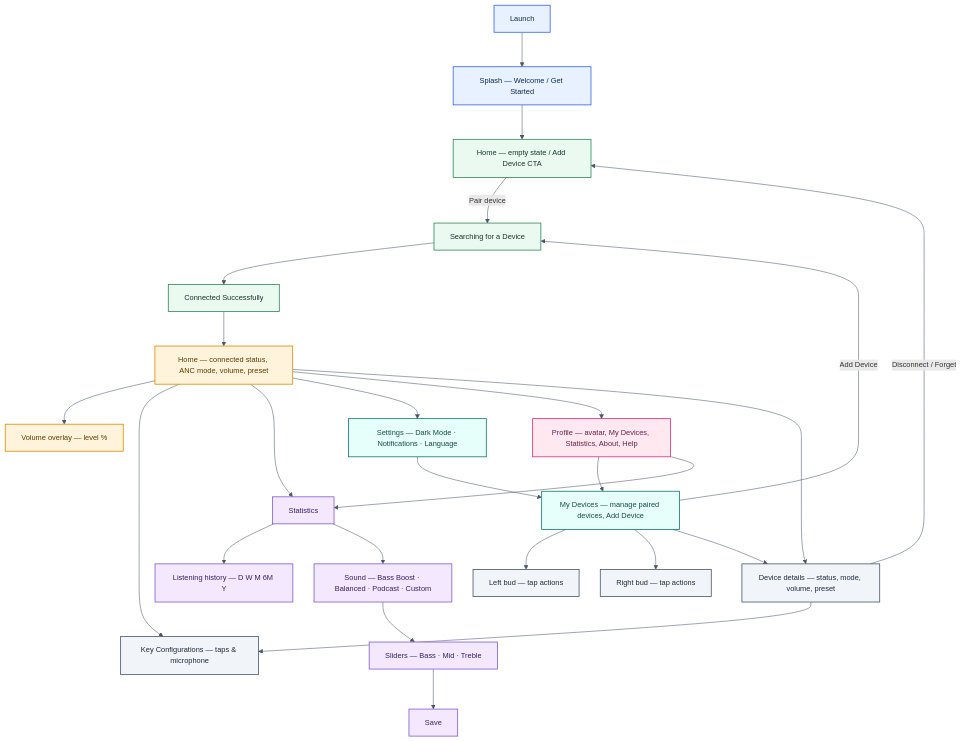
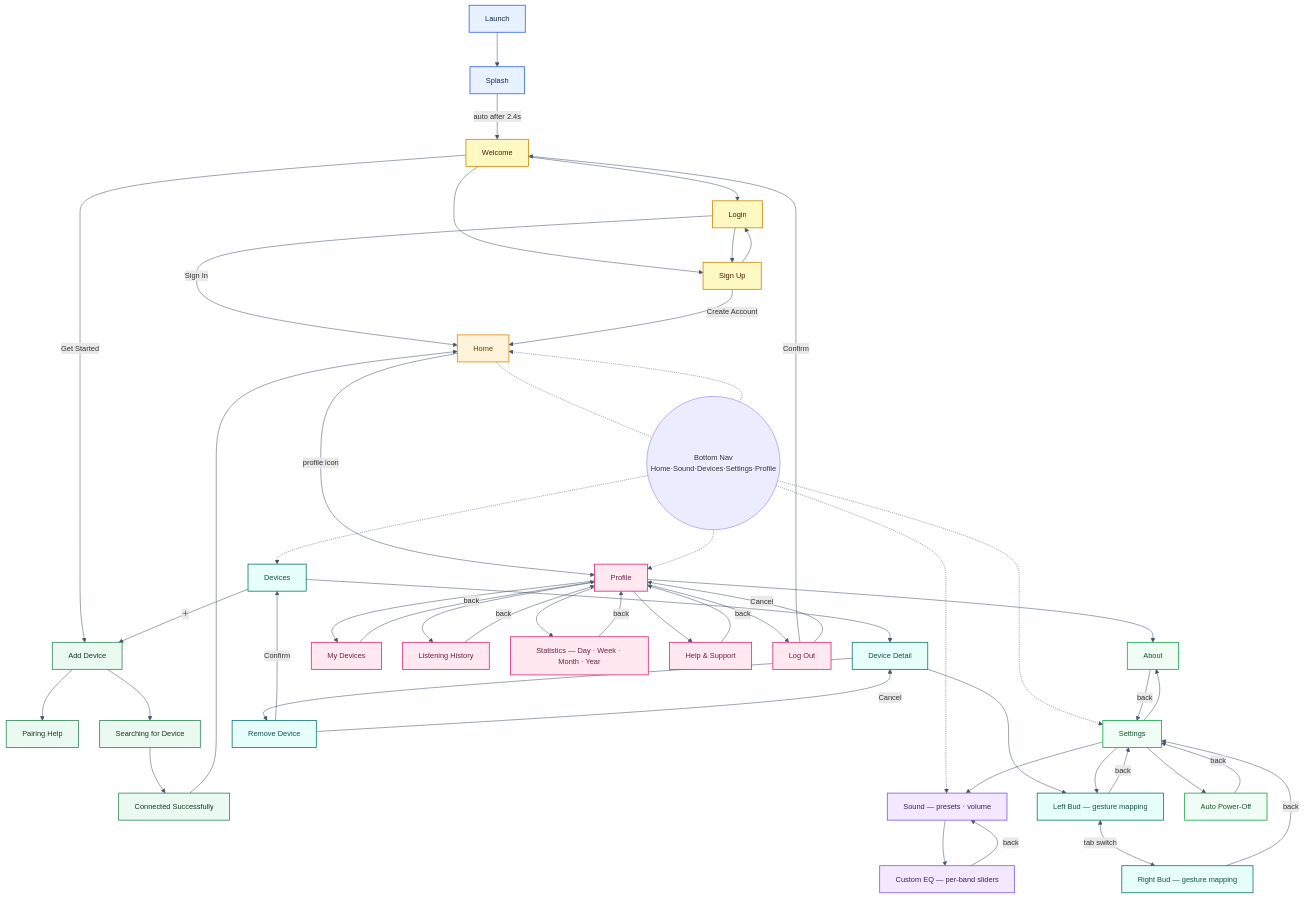
Before and after one commit to yasinsez/ID-Ceng-Project: the diagram in docs/page-flows.md, drawn with Mermaid. The commit also changed other lines of this file and 1 other file, not shown here.

Commit message:
page-flow-table update
page-flow-updated.png added also page-flows.md file updated

````diff
--- a/docs/page-flows.md
+++ b/docs/page-flows.md
@@ -20,49 +20,80 @@
 ```mermaid
 %%{init: {"flowchart": {"curve": "basis", "nodeSpacing": 40, "rankSpacing": 65}, "themeVariables": {"lineColor": "#475569", "fontSize": "14px"}}}%%
 flowchart TD
-    classDef start fill:#e8f1ff,stroke:#3563e9,color:#102a56,stroke-width:1.5px;
+    classDef start   fill:#e8f1ff,stroke:#3563e9,color:#102a56,stroke-width:1.5px;
+    classDef auth    fill:#fef9c3,stroke:#ca8a04,color:#451a03,stroke-width:1.5px;
     classDef pairing fill:#eafaf1,stroke:#2f855a,color:#163826,stroke-width:1.5px;
-    classDef home fill:#fff4db,stroke:#dd8a00,color:#5c3b00,stroke-width:1.5px;
-    classDef sound fill:#f3e8ff,stroke:#805ad5,color:#3b1f63,stroke-width:1.5px;
-    classDef settings fill:#e6fffb,stroke:#0f766e,color:#134e4a,stroke-width:1.5px;
+    classDef home    fill:#fff4db,stroke:#dd8a00,color:#5c3b00,stroke-width:1.5px;
+    classDef sound   fill:#f3e8ff,stroke:#805ad5,color:#3b1f63,stroke-width:1.5px;
+    classDef devices fill:#e6fffb,stroke:#0f766e,color:#134e4a,stroke-width:1.5px;
+    classDef settings fill:#f0fdf4,stroke:#16a34a,color:#14532d,stroke-width:1.5px;
     classDef profile fill:#ffe8ef,stroke:#db2777,color:#6b2149,stroke-width:1.5px;
-    classDef device fill:#f1f5f9,stroke:#475569,color:#1e293b,stroke-width:1.5px;
 
-    A[Launch] --> SPL[Splash — Welcome / Get Started]
-    SPL --> HE[Home — empty state / Add Device CTA]
-    HE -->|Pair device| SRCH[Searching for a Device]
-    SRCH --> OK[Connected Successfully]
-    OK --> HC[Home — connected status, ANC mode, volume, preset]
+    A[Launch] --> SPL[Splash]
+    SPL -->|auto after 2.4s| WEL[Welcome]
 
-    HC --> VOV[Volume overlay — level %]
-    HC --> KC[Key Configurations — taps & microphone]
-    HC --> STAT[Statistics]
-    HC --> F[Settings — Dark Mode · Notifications · Language]
-    HC --> P[Profile — avatar, My Devices, Statistics, About, Help]
-    HC --> DD[Device details — status, mode, volume, preset]
+    WEL --> LGN[Login]
+    WEL --> SGN[Sign Up]
+    WEL -->|Get Started| AD[Add Device]
 
-    STAT --> LH[Listening history — D W M 6M Y]
-    STAT --> SP[Sound — Bass Boost · Balanced · Podcast · Custom]
-    SP --> SL[Sliders — Bass · Mid · Treble]
-    SL --> SV[Save]
+    LGN -->|Sign In| HC[Home]
+    LGN --> SGN
+    SGN -->|Create Account| HC
+    SGN --> LGN
 
-    F --> MD[My Devices — manage paired devices, Add Device]
-    P --> MD
-    P --> STAT
+    AD --> PH[Pairing Help]
+    AD --> SRCH[Searching for Device]
+    SRCH --> CON[Connected Successfully]
+    CON --> HC
 
-    MD -->|Add Device| SRCH
-    MD --> LB[Left bud — tap actions]
-    MD --> RB[Right bud — tap actions]
-    MD --> DD
+    HC -->|profile icon| P[Profile]
 
-    DD --> KC
-    DD -->|Disconnect / Forget| HE
+    HC -.- NAV(( Bottom Nav\nHome·Sound·Devices·Settings·Profile ))
+    NAV -.-> HC
+    NAV -.-> SND[Sound — presets · volume]
+    NAV -.-> DEV[Devices]
+    NAV -.-> SET[Settings]
+    NAV -.-> P
+
+    SND --> EQ[Custom EQ — per-band sliders]
+    EQ -->|back| SND
+
+    DEV -->|＋| AD
+    DEV --> DD[Device Detail]
+    DD --> EBL[Left Bud — gesture mapping]
+    EBL <-->|tab switch| EBR[Right Bud — gesture mapping]
+    EBL -->|back| SET
+    EBR -->|back| SET
+    DD --> RMV[Remove Device]
+    RMV -->|Confirm| DEV
+    RMV -->|Cancel| DD
+
+    SET --> SND
+    SET --> EBL
+    SET --> APO[Auto Power-Off]
+    SET --> ABT[About]
+    APO -->|back| SET
+    ABT -->|back| SET
+
+    P --> MD[My Devices]
+    P --> LH[Listening History]
+    P --> STAT[Statistics — Day · Week · Month · Year]
+    P --> ABT
+    P --> HLP[Help & Support]
+    P --> LGO[Log Out]
+    MD -->|back| P
+    LH -->|back| P
+    STAT -->|back| P
+    HLP -->|back| P
+    LGO -->|Confirm| WEL
+    LGO -->|Cancel| P
 
     class A,SPL start
-    class HE,SRCH,OK pairing
-    class HC,VOV home
-    class STAT,LH,SP,SL,SV sound
-    class F,MD settings
-    class P profile
-    class DD,KC,LB,RB device
+    class WEL,LGN,SGN auth
+    class AD,PH,SRCH,CON pairing
+    class HC home
+    class SND,EQ sound
+    class DEV,DD,EBL,EBR,RMV devices
+    class SET,APO,ABT settings
+    class P,MD,LH,STAT,HLP,LGO profile
 ```
````
